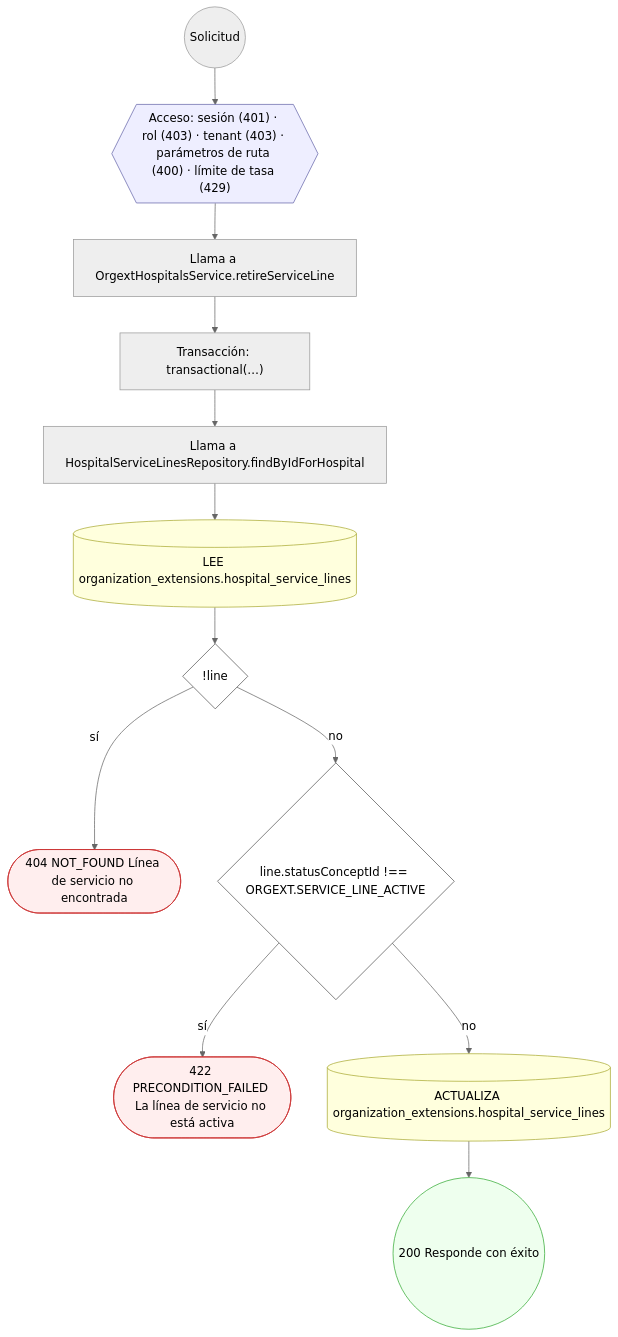
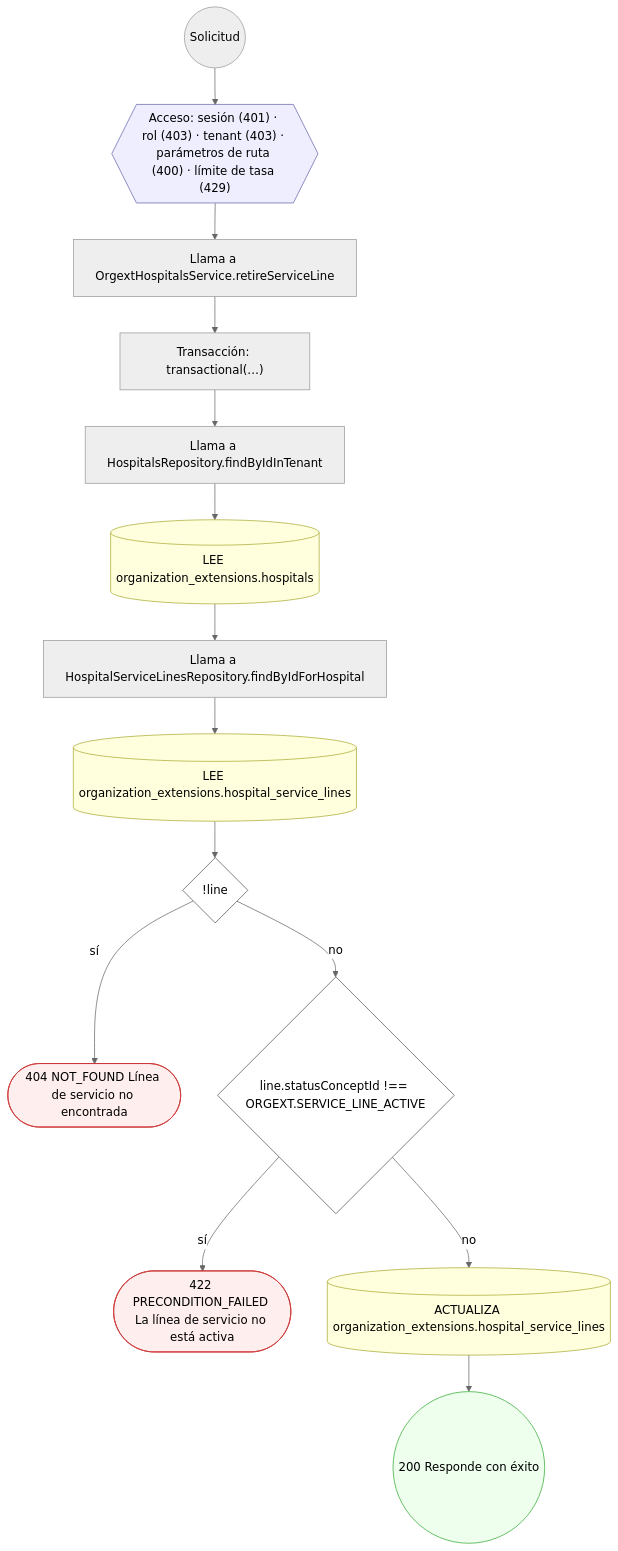
The tenth of 10 diagrams in docs/inventario/flujos/organization_extensions.md (mdavila-2001/mantra-core-health-api), drawn with Mermaid (neutral theme) before and after one commit. The commit also changed other lines of this file and 438 other files, not shown here.

````diff
--- a/docs/inventario/flujos/organization_extensions.md
+++ b/docs/inventario/flujos/organization_extensions.md
@@ -527,32 +622,36 @@
 ```mermaid
 flowchart TD
   n1(("Solicitud")):::inicio
   n2{{"Acceso: sesión (401) · rol (403) · tenant (403) · parámetros de ruta (400) · límite de tasa (429)"}}:::acceso
   n1 --> n2
   n3["Llama a OrgextHospitalsService.retireServiceLine"]:::llamada
   n2 --> n3
   n4["Transacción: transactional(…)"]:::transaccion
   n3 --> n4
-  n5["Llama a HospitalServiceLinesRepository.findByIdForHospital"]:::llamada
+  n5["Llama a HospitalsRepository.findByIdInTenant"]:::llamada
   n4 --> n5
-  n6[("LEE organization_extensions.hospital_service_lines")]:::efecto
+  n6[("LEE organization_extensions.hospitals")]:::efecto
   n5 --> n6
-  n7{"!line"}:::decision
+  n7["Llama a HospitalServiceLinesRepository.findByIdForHospital"]:::llamada
   n6 --> n7
-  n8(["404 NOT_FOUND Línea de servicio no encontrada"]):::error
-  n7 -->|"sí"| n8
-  n9{"line.statusConceptId !== ORGEXT.SERVICE_LINE_ACTIVE"}:::decision
-  n7 -->|"no"| n9
-  n10(["422 PRECONDITION_FAILED La línea de servicio no está activa"]):::error
+  n8[("LEE organization_extensions.hospital_service_lines")]:::efecto
+  n7 --> n8
+  n9{"!line"}:::decision
+  n8 --> n9
+  n10(["404 NOT_FOUND Línea de servicio no encontrada"]):::error
   n9 -->|"sí"| n10
-  n11[("ACTUALIZA organization_extensions.hospital_service_lines")]:::efecto
+  n11{"line.statusConceptId !== ORGEXT.SERVICE_LINE_ACTIVE"}:::decision
   n9 -->|"no"| n11
-  n12(("200 Responde con éxito")):::ok
-  n11 --> n12
+  n12(["422 PRECONDITION_FAILED La línea de servicio no está activa"]):::error
+  n11 -->|"sí"| n12
+  n13[("ACTUALIZA organization_extensions.hospital_service_lines")]:::efecto
+  n11 -->|"no"| n13
+  n14(("200 Responde con éxito")):::ok
+  n13 --> n14
   classDef acceso fill:#eef,stroke:#66a
   classDef error fill:#fee,stroke:#c33
   classDef ok fill:#efe,stroke:#3a3
   classDef efecto fill:#ffd,stroke:#aa3
   classDef decision fill:#fff,stroke:#555
   classDef corte fill:#eee,stroke:#999,stroke-dasharray: 4
 ```
````
